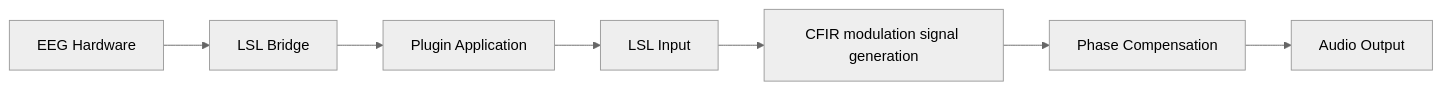
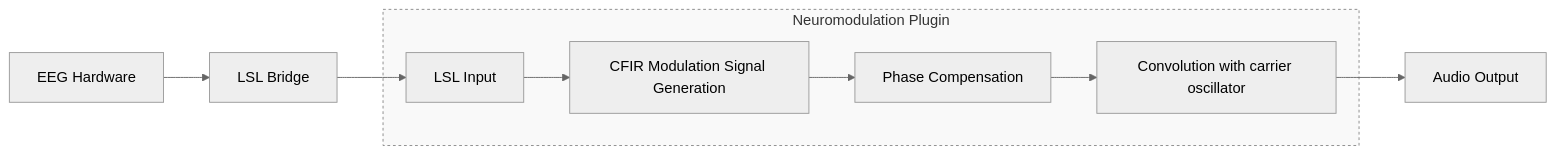
Before and after one commit to Sol455/audio_neuro_mod: the diagram in README.md, drawn with Mermaid (neutral theme). The commit also changed other lines of this file and 1 other file, not shown here.

Commit message:
Updated Cmake to copying lsl library for mac

````diff
--- a/README.md
+++ b/README.md
@@ -10,9 +20,13 @@
 ```mermaid
 graph LR
     A[EEG Hardware] --> B[LSL Bridge]
-    B --> C[Plugin Application]
-    C --> D[LSL Input]
-    D --> E[CFIR modulation signal generation]
-    E --> F[Phase Compensation]
-    F --> G[Audio Output]
+    B --> D[LSL Input]
+
+    subgraph C[Neuromodulation Plugin]
+        style C fill:#f9f9f9,stroke:#888,stroke-dasharray: 3 3
+        D --> E[CFIR Modulation Signal Generation]
+        E --> F[Phase Compensation]
+        F --> G[Convolution with carrier oscillator]
+    end
+    G --> H[Audio Output]
 ```
````
